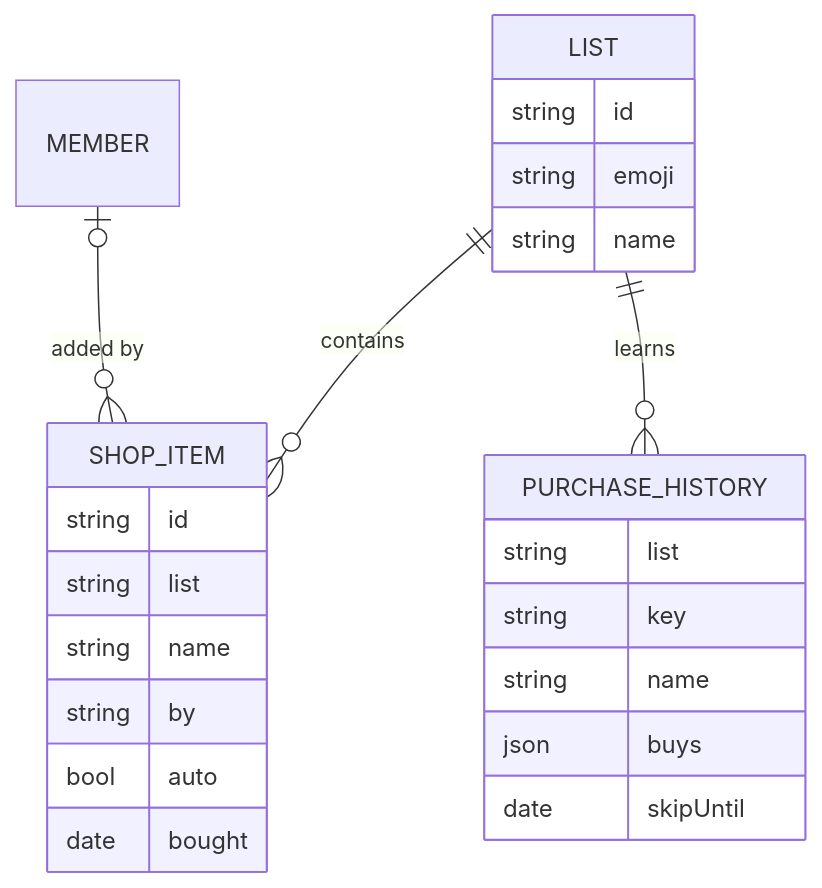
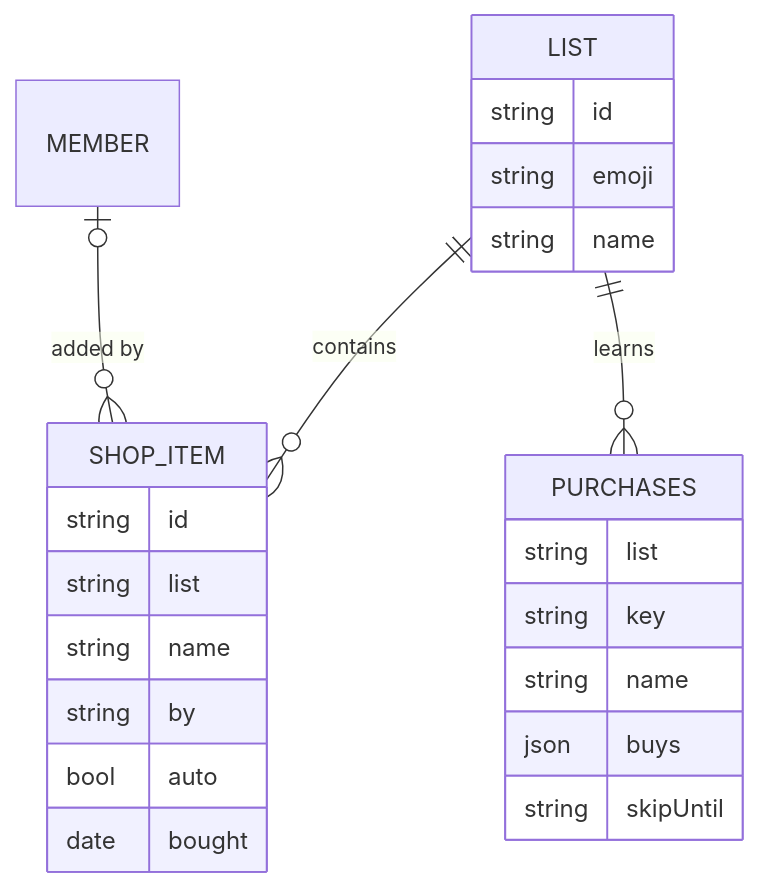
Before and after one commit to jbrandstetter/haushelden: the second of 2 diagrams in docs/openspec/specs/shopping-lists/design.md, drawn with Mermaid. The commit also changed 14 other files, not shown here.

````diff
--- a/docs/openspec/specs/shopping-lists/design.md
+++ b/docs/openspec/specs/shopping-lists/design.md
@@ -68,9 +68,9 @@
 ```mermaid
 erDiagram
   LIST ||--o{ SHOP_ITEM : contains
-  LIST ||--o{ PURCHASE_HISTORY : learns
+  LIST ||--o{ PURCHASES : learns
   MEMBER |o--o{ SHOP_ITEM : "added by"
   LIST { string id string emoji string name }
   SHOP_ITEM { string id string list string name string by bool auto date bought }
-  PURCHASE_HISTORY { string list string key string name json buys date skipUntil }
+  PURCHASES { string list string key string name json buys string skipUntil }
 ```
````
